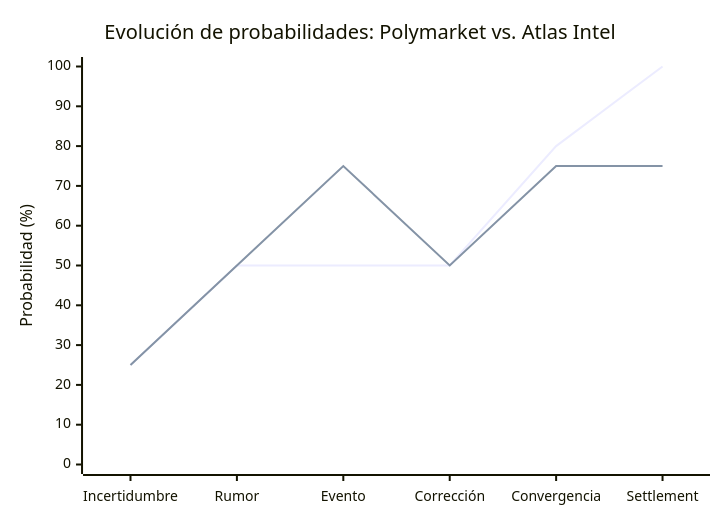
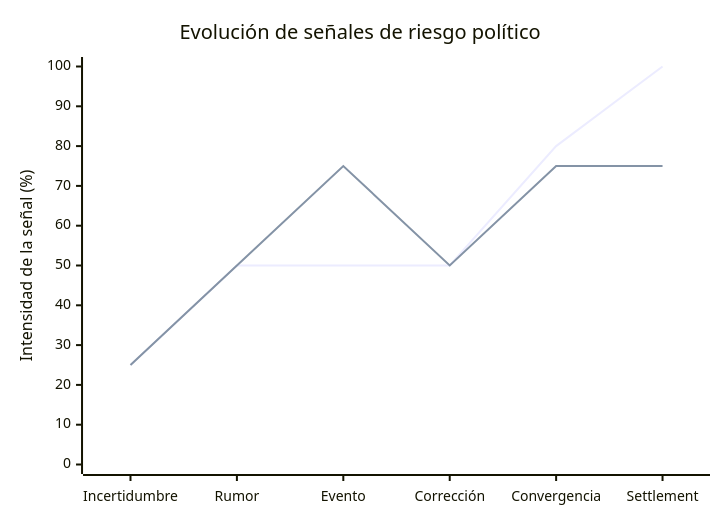
Before and after one commit to santysj/GVD-ITBA-2026: the third of 3 diagrams in tp-final/README.md, drawn with Mermaid. The commit also changed other lines of this file, not shown here.

````diff
--- a/tp-final/README.md
+++ b/tp-final/README.md
@@ -232,8 +273,8 @@
 ```mermaid
 xychart-beta
-    title "Evolución de probabilidades: Polymarket vs. Atlas Intel"
+    title "Evolución de señales de riesgo político"
     x-axis ["Incertidumbre", "Rumor", "Evento", "Corrección", "Convergencia", "Settlement"]
-    y-axis "Probabilidad (%)" 0 --> 100
+    y-axis "Intensidad de la señal (%)" 0 --> 100
     line [25, 50, 50, 50, 80, 100]
     line [25, 50, 75, 50, 75, 75]
 ```
````
